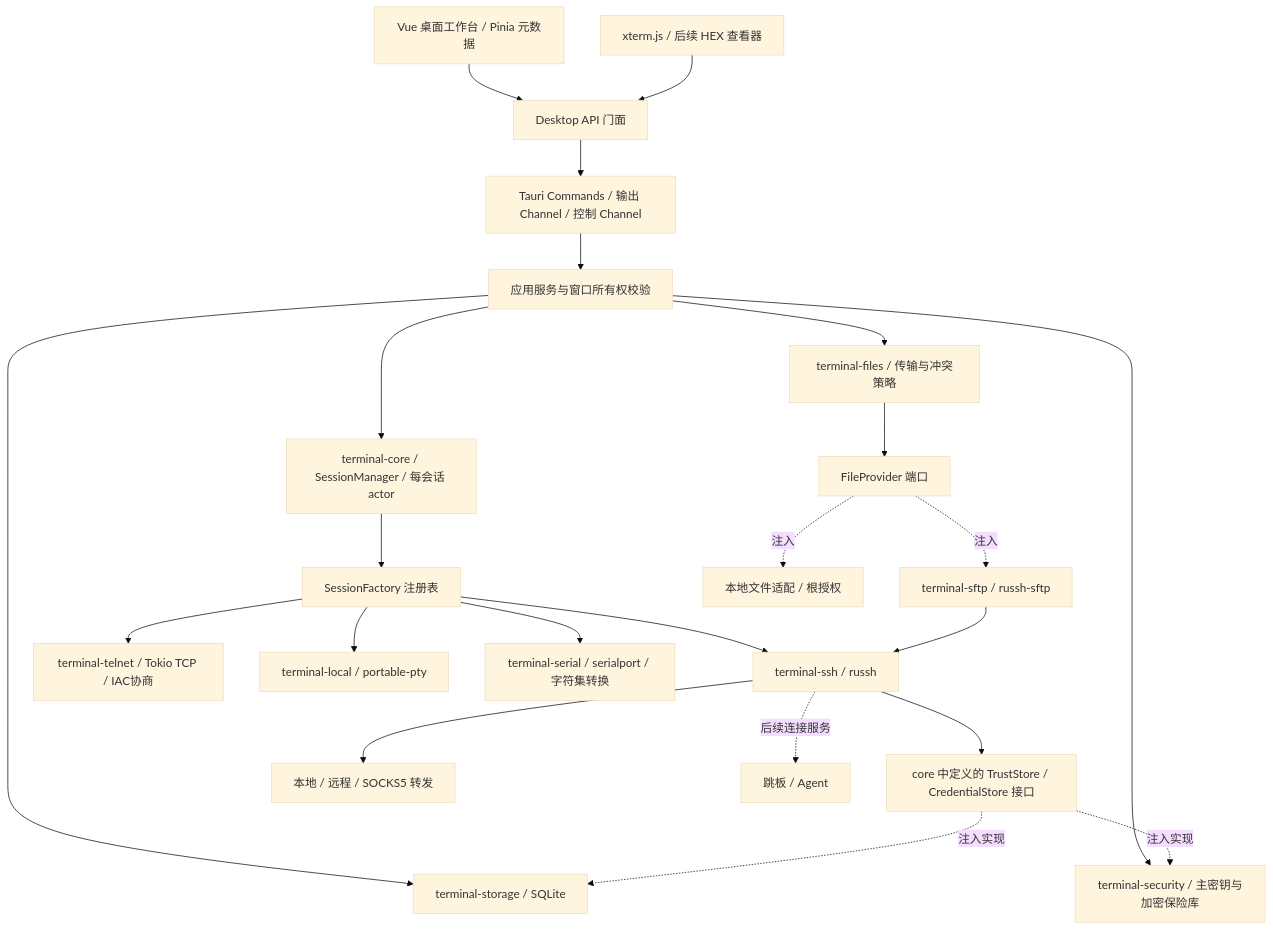
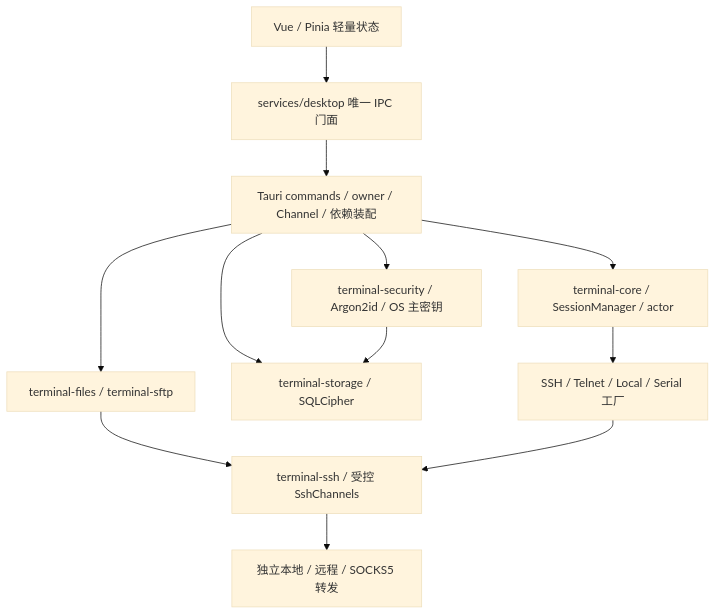
Before and after one commit to h3110w0r1d-y/termeta: the diagram in docs/03-architecture.md, drawn with Mermaid (base theme). The commit also changed other lines of this file and 22 other files, not shown here.

````diff
--- a/docs/03-architecture.md
+++ b/docs/03-architecture.md
@@ -7,25 +7,14 @@
 ```mermaid
 flowchart TB
-  UI[Vue 桌面工作台 / Pinia 元数据] --> Bridge[Desktop API 门面]
-  Terminal[xterm.js / 后续 HEX 查看器] --> Bridge
-  Bridge --> IPC[Tauri Commands / 输出 Channel / 控制 Channel]
-  IPC --> App[应用服务与窗口所有权校验]
-  App --> Core[terminal-core / SessionManager / 每会话 actor]
-  Core --> Factory[SessionFactory 注册表]
-  Factory --> SSH[terminal-ssh / russh]
-  Factory --> Telnet[terminal-telnet / Tokio TCP / IAC协商]
-  Factory --> Local[terminal-local / portable-pty]
-  Factory --> Serial[terminal-serial / serialport / 字符集转换]
-  App --> Store[terminal-storage / SQLite]
-  App --> Security[terminal-security / 主密钥与加密保险库]
-  SSH --> Ports[core 中定义的 TrustStore / CredentialStore 接口]
-  Ports -. 注入实现 .-> Store
-  Ports -. 注入实现 .-> Security
-  App --> Files[terminal-files / 传输与冲突策略]
-  Files --> Providers[FileProvider 端口]
-  Providers -. 注入 .-> Sftp[terminal-sftp / russh-sftp]
-  Providers -. 注入 .-> LocalFiles[本地文件适配 / 根授权]
-  Sftp --> SSH
-  SSH --> Forward[本地 / 远程 / SOCKS5 转发]
-  SSH -. 后续连接服务 .-> Extra[跳板 / Agent]
+  UI[Vue / Pinia 轻量状态] --> Desktop[services/desktop 唯一 IPC 门面]
+  Desktop --> Shell[Tauri commands / owner / Channel / 依赖装配]
+  Shell --> Core[terminal-core / SessionManager / actor]
+  Core --> Adapters[SSH / Telnet / Local / Serial 工厂]
+  Shell --> Storage[terminal-storage / SQLCipher]
+  Shell --> Security[terminal-security / Argon2id / OS 主密钥]
+  Security --> Storage
+  Shell --> Files[terminal-files / terminal-sftp]
+  Files --> SSH[terminal-ssh / 受控 SshChannels]
+  Adapters --> SSH
+  SSH --> Forward[独立本地 / 远程 / SOCKS5 转发]
 ```
````
